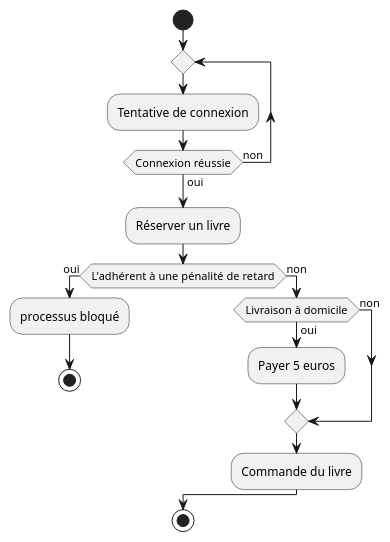
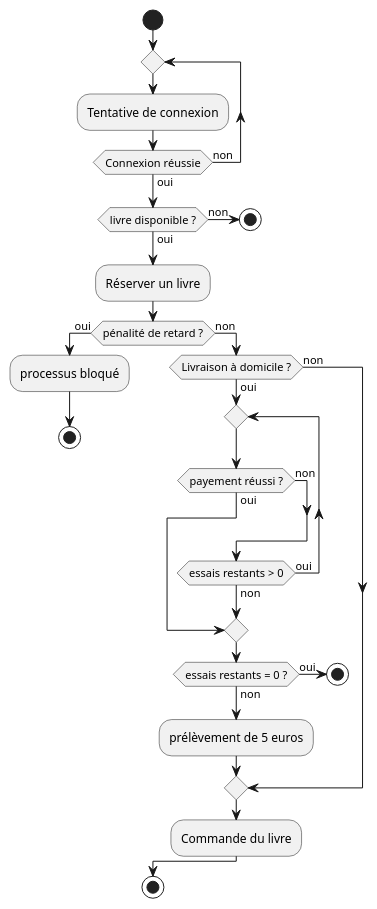
Before and after one commit to QDeh/OmniLib: the second of 3 diagrams in README.md, drawn with PlantUML. The commit also changed other lines of this file, not shown here.

Commit message:
doc: correstion du diagramme des classes

````diff
--- a/README.md
+++ b/README.md
@@ -76,21 +76,35 @@
 ```plantuml
 @startuml
 start
 repeat
     :Tentative de connexion;
 repeat while (Connexion réussie) is (non) not (oui)
+if (livre disponible ?) then (oui)
+else (non)
+    stop
+end if
 :Réserver un livre;
-if(L'adhérent à une pénalité de retard) then (oui)
+if(pénalité de retard ?) then (oui)
     :processus bloqué;
     stop
 else(non)
-    if(Livraison à domicile) then (oui)
-        :Payer 5 euros; 
+    if(Livraison à domicile ?) then (oui)
+        repeat
+            if (payement réussi ?) then (oui)
+                break
+            else (non)
+        endif
+        repeat while (essais restants > 0) is (oui) not (non)
+        if (essais restants = 0 ?) then (oui)
+            stop
+        else (non)
+        endif
+    :prélèvement de 5 euros;
     else(non)
     endif
     :Commande du livre;
 endif
 stop
 
 @enduml
 ```
````
